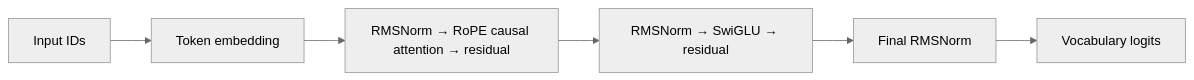
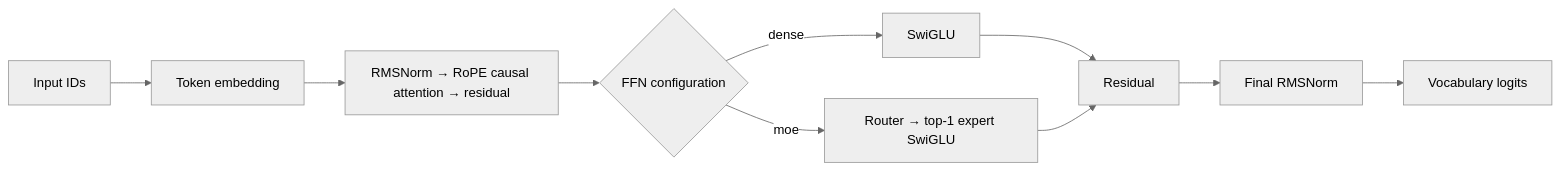
One commit to supernovae/tiny-sparse-lab changed the first of 2 diagrams in docs/architecture.md. Above: the diagram before and after it, drawn with Mermaid (neutral theme). The commit also changed other lines of this file and 4 other files, not shown here.

````diff
--- a/docs/architecture.md
+++ b/docs/architecture.md
@@ -5,8 +5,12 @@
 ```mermaid
 flowchart LR
   ids[Input IDs] --> emb[Token embedding]
-  emb --> block[RMSNorm → RoPE causal attention → residual]
-  block --> ffn[RMSNorm → SwiGLU → residual]
-  ffn --> norm[Final RMSNorm]
+  emb --> attention[RMSNorm → RoPE causal attention → residual]
+  attention --> choice{FFN configuration}
+  choice -->|dense| dense[SwiGLU]
+  choice -->|moe| router[Router → top-1 expert SwiGLU]
+  dense --> residual[Residual]
+  router --> residual
+  residual --> norm[Final RMSNorm]
   norm --> logits[Vocabulary logits]
 ```
````
